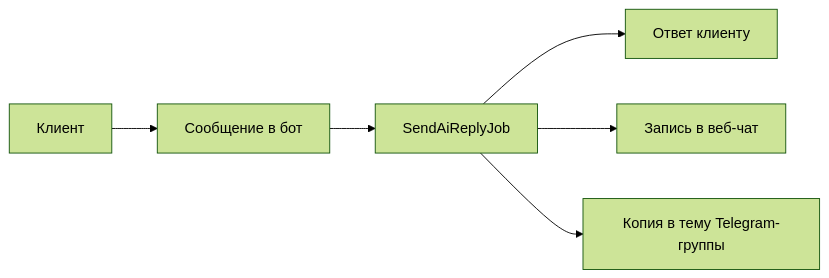
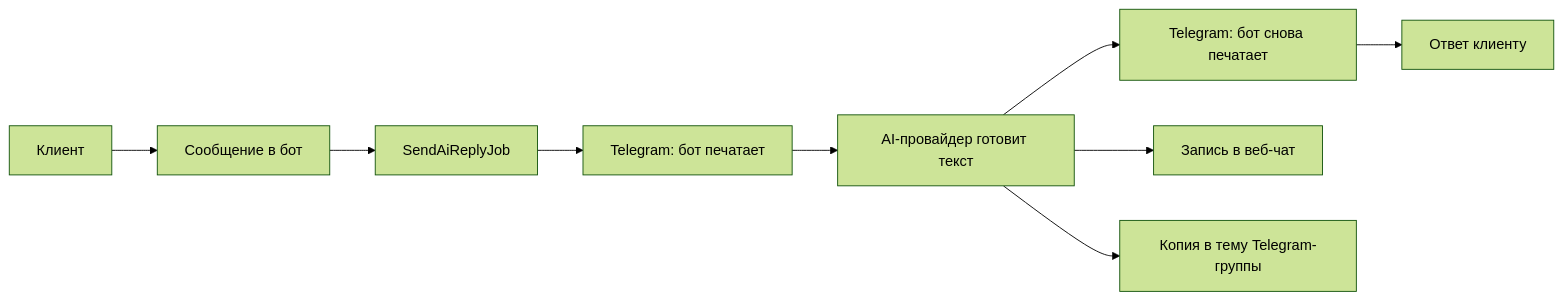
One commit to ukarshiev/tg-support-bot changed the seventh of 8 diagrams in docs/architecture.md. Above: the diagram before and after it, drawn with Mermaid (forest theme). The commit also changed other lines of this file and 285 other files, not shown here.

````diff
--- a/docs/architecture.md
+++ b/docs/architecture.md
@@ -132,8 +178,11 @@
 ```mermaid
 flowchart LR
     client[Клиент] --> incoming[Сообщение в бот]
     incoming --> ai[SendAiReplyJob]
-    ai --> user[Ответ клиенту]
-    ai --> web[Запись в веб-чат]
-    ai --> group[Копия в тему Telegram-группы]
+    ai --> typing[Telegram: бот печатает]
+    typing --> provider[AI-провайдер готовит текст]
+    provider --> typingAgain[Telegram: бот снова печатает]
+    typingAgain --> user[Ответ клиенту]
+    provider --> web[Запись в веб-чат]
+    provider --> group[Копия в тему Telegram-группы]
 ```
````
